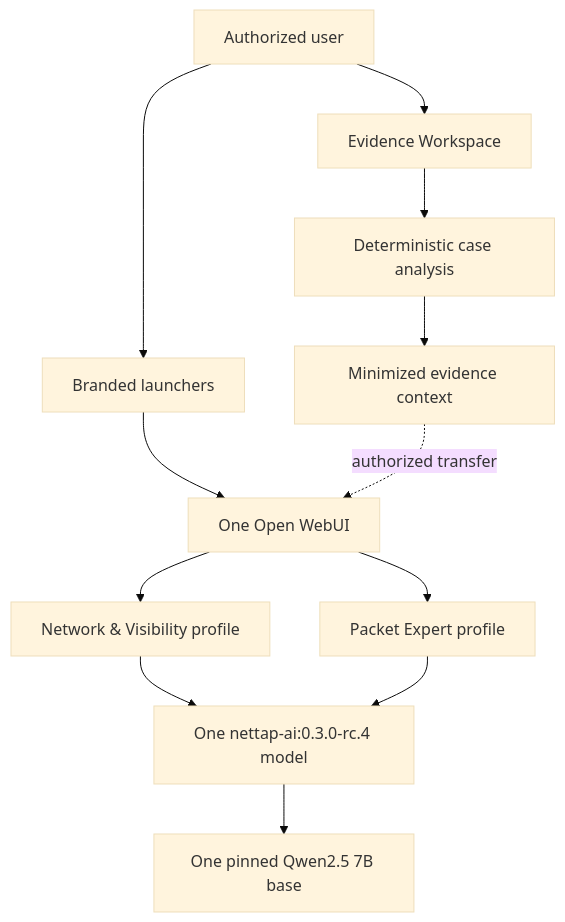
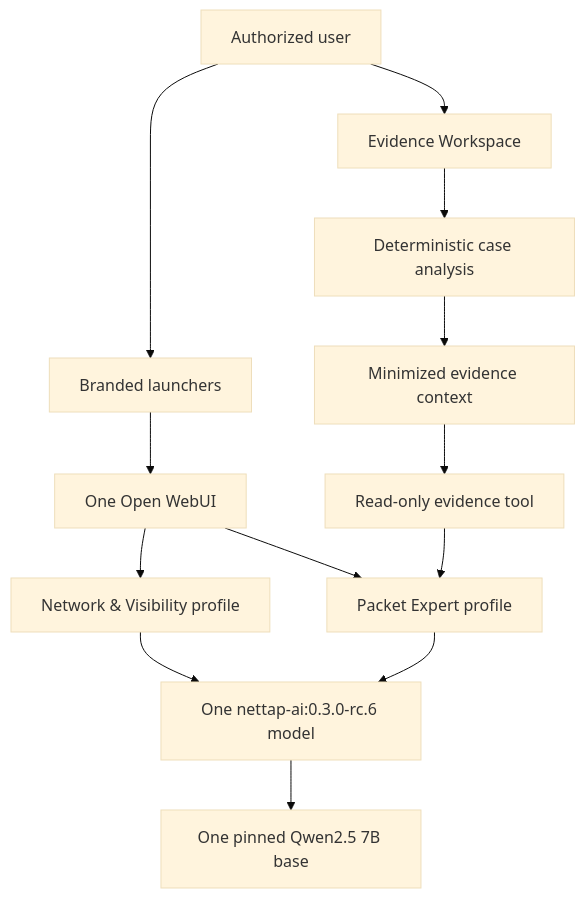
The diagram in README.md (mpdwyer2367/nettap-packet-expert), drawn with Mermaid (base theme) before and after one commit. The commit also changed other lines of this file and 86 other files, not shown here.

````diff
--- a/README.md
+++ b/README.md
@@ -20,14 +20,15 @@
 ```mermaid
 flowchart TB
     U["Authorized user"] --> L["Branded launchers"]
     L --> W["One Open WebUI"]
     W --> V["Network & Visibility profile"]
     W --> P["Packet Expert profile"]
-    V --> N["One nettap-ai:0.3.0-rc.4 model"]
+    V --> N["One nettap-ai:0.3.0-rc.6 model"]
     P --> N
     N --> Q["One pinned Qwen2.5 7B base"]
     U --> E["Evidence Workspace"]
     E --> D["Deterministic case analysis"]
     D --> X["Minimized evidence context"]
-    X -. "authorized transfer" .-> W
+    X --> T["Read-only evidence tool"]
+    T --> P
 ```
````
